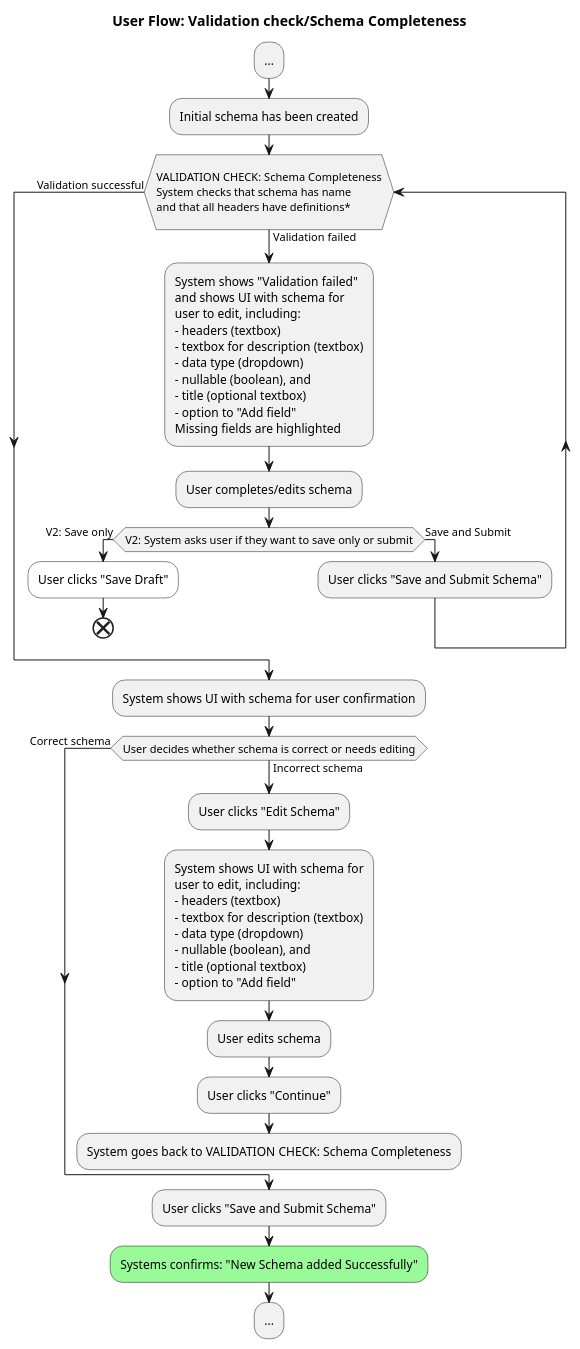
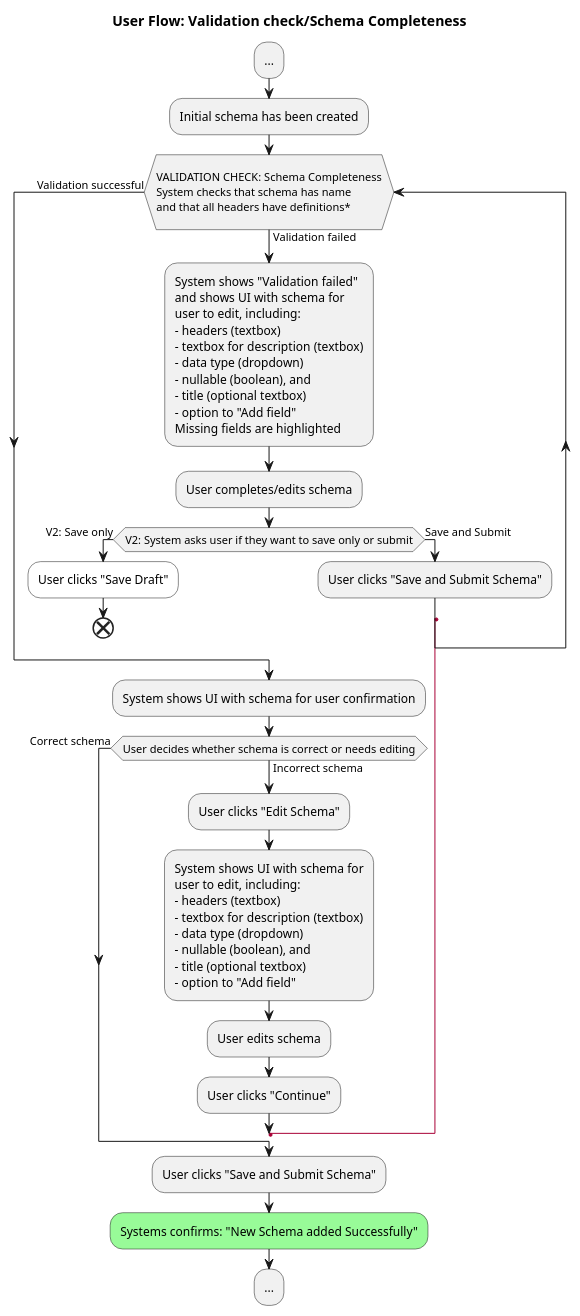
One commit to signekb/seedcase-sprout changed the diagram in docs/design/images/user-flow-validation-schema-completeness.puml. Above: the diagram before and after it, drawn with PlantUML.

Commit message:
fix: add line from "continue" back validation check
Hotfix. The line is red and not very neat, but still an improvement from not having it

```diff
--- a/docs/design/images/user-flow-validation-schema-completeness.puml
+++ b/docs/design/images/user-flow-validation-schema-completeness.puml
@@ -1,47 +1,47 @@
 @startuml user-flow-2-schema-validation-completeness
 
 title User Flow: Validation check/Schema Completeness
 
 :...;
 :Initial schema has been created;
   while (\nVALIDATION CHECK: Schema Completeness\nSystem checks that schema has name\nand that all headers have definitions*\n) is (Validation failed)
     :System shows "Validation failed"
     and shows UI with schema for 
     user to edit, including: 
     - headers (textbox)
     - textbox for description (textbox)
     - data type (dropdown)
     - nullable (boolean), and 
     - title (optional textbox)
     - option to "Add field"
     Missing fields are highlighted;
     :User completes/edits schema;
     if (V2: System asks user if they want to save only or submit) then (V2: Save only)
       #White:User clicks "Save Draft";
       end
     else (Save and Submit)
       :User clicks "Save and Submit Schema";
+      label l
     endif
   end while (Validation successful)
 :System shows UI with schema for user confirmation;
   while (User decides whether schema is correct or needs editing) is (Incorrect schema)
     :User clicks "Edit Schema";
     :System shows UI with schema for 
     user to edit, including: 
     - headers (textbox)
     - textbox for description (textbox)
     - data type (dropdown)
     - nullable (boolean), and 
     - title (optional textbox)
     - option to "Add field";
     :User edits schema;
     :User clicks "Continue";
 'Arrow from "User edits definitions" should go back up to VALIDATION CHECK      
-    :System goes back to VALIDATION CHECK: Schema Completeness;
-    detach
+    goto l
    end while (Correct schema)
    :User clicks "Save and Submit Schema";
     #palegreen:Systems confirms: "New Schema added Successfully";
 :...;
 
 @enduml
```
